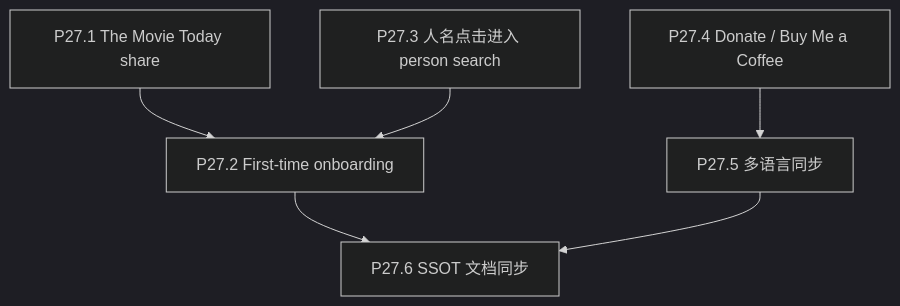
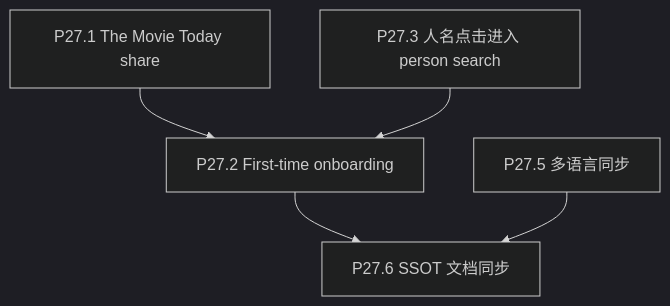
One commit to XYBuilds/chronicle_v3_3d_galaxy changed the diagram in .cursor/plans/phase_27_growth_light_features.plan.md. Above: the diagram before and after it, drawn with Mermaid (dark theme). The commit also changed other lines of this file and 1 other file, not shown here.

Commit message:
Update phase 27 growth light features plan: removed 'Donate / Buy Me a Coffee' from current phase, clarified scope and objectives, and adjusted documentation references for upcoming phases.

````diff
--- a/.cursor/plans/phase_27_growth_light_features.plan.md
+++ b/.cursor/plans/phase_27_growth_light_features.plan.md
@@ -49,15 +45,13 @@
 ```mermaid
 flowchart TD
     P271["P27.1 The Movie Today share"]
     P272["P27.2 First-time onboarding"]
     P273["P27.3 人名点击进入 person search"]
-    P274["P27.4 Donate / Buy Me a Coffee"]
     P275["P27.5 多语言同步"]
     P276["P27.6 SSOT 文档同步"]
 
     P271 --> P272
     P273 --> P272
-    P274 --> P275
     P272 --> P276
     P275 --> P276
 ```
````
